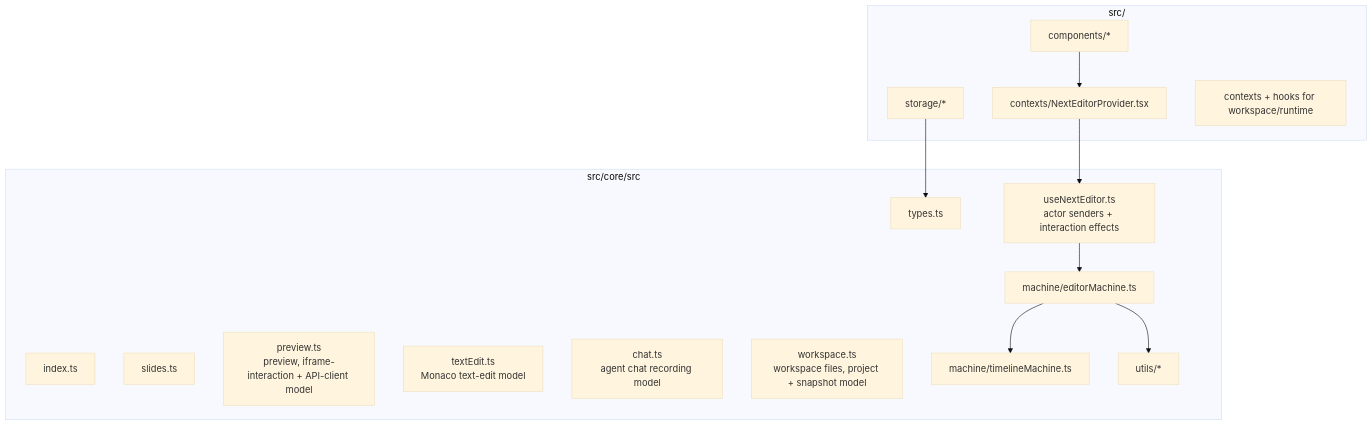
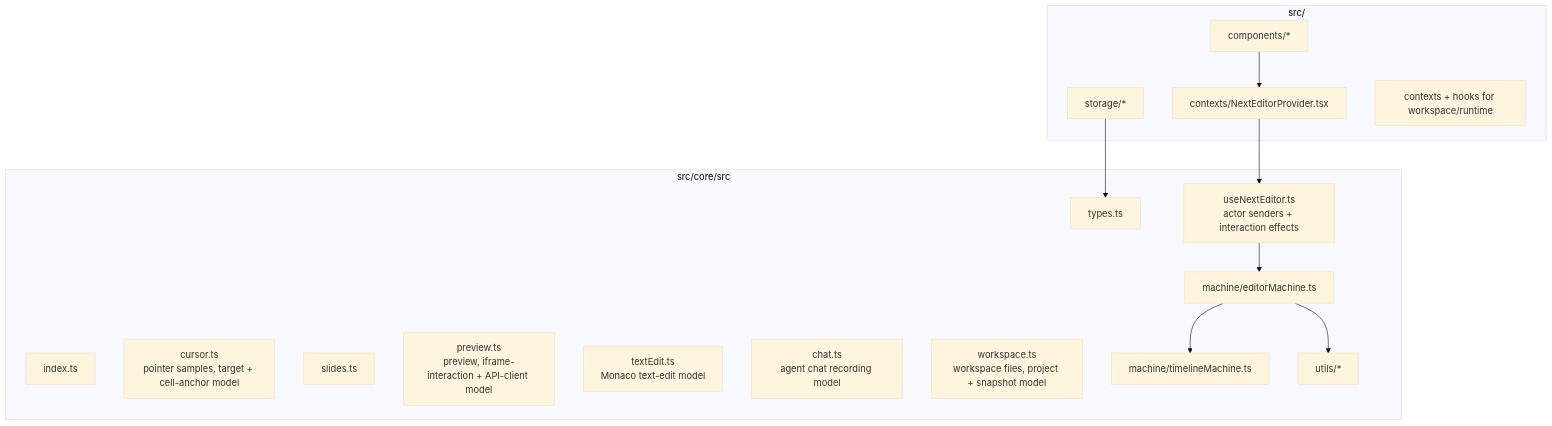
The first of 3 diagrams in docs/core.md (channyeintun/next-editor), drawn with Mermaid (base theme) before and after one commit. The commit also changed other lines of this file and 6 other files, not shown here.

First line of the commit message:
refactor(cursor): move the cursor-track model out of core types.ts

````diff
--- a/docs/core.md
+++ b/docs/core.md
@@ -7,30 +7,31 @@
 ```mermaid
 flowchart TB
   subgraph Core["src/core/src"]
     Index[index.ts]
     Types[types.ts]
+    Cursor[cursor.ts<br/>pointer samples, target + cell-anchor model]
     Slides[slides.ts]
     Preview[preview.ts<br/>preview, iframe-interaction + API-client model]
     TextEdit[textEdit.ts<br/>Monaco text-edit model]
     Chat[chat.ts<br/>agent chat recording model]
     Workspace[workspace.ts<br/>workspace files, project + snapshot model]
     Hook[useNextEditor.ts<br/>actor senders + interaction effects]
     Machine[machine/editorMachine.ts]
     Timeline[machine/timelineMachine.ts]
     Utils[utils/*]
   end
 
   subgraph App["src/"]
     Provider[contexts/NextEditorProvider.tsx]
     Components[components/*]
     Storage[storage/*]
     Runtime[contexts + hooks for workspace/runtime]
   end
 
   Components --> Provider
   Provider --> Hook
   Hook --> Machine
   Machine --> Timeline
   Machine --> Utils
   Storage --> Types
 ```
````
